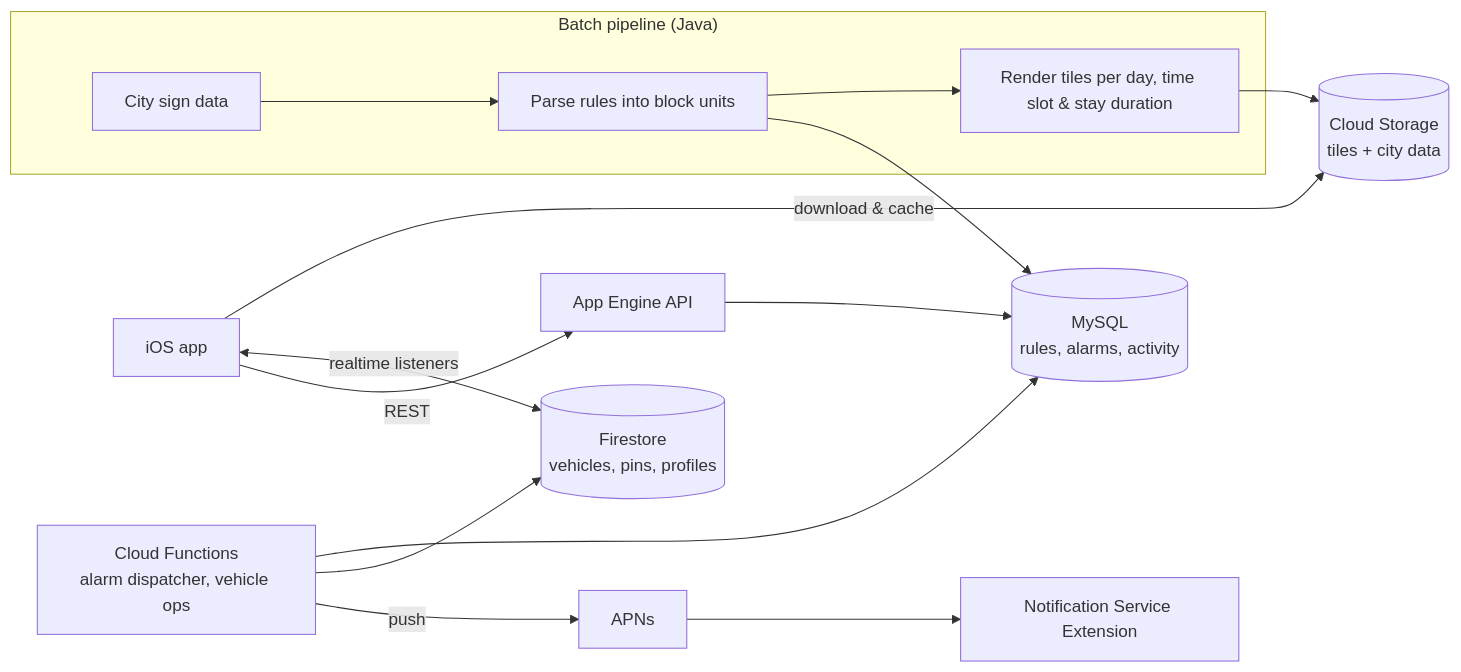
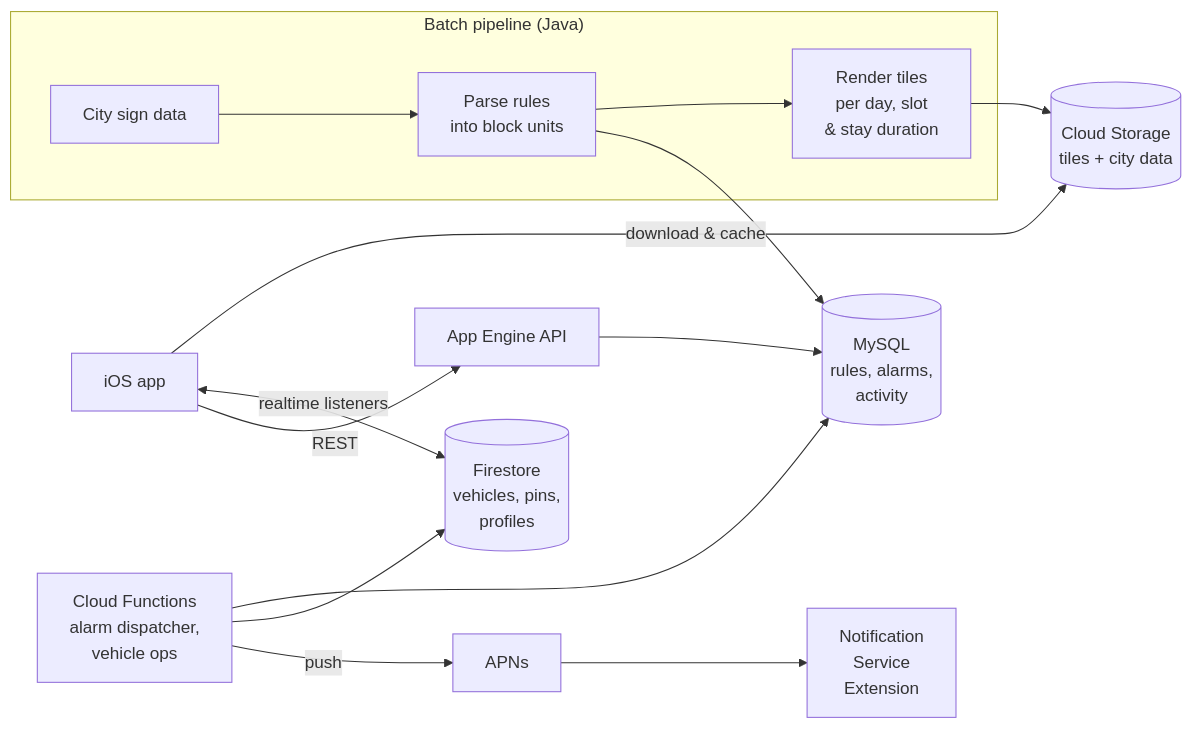
The diagram in README.md (ConradArd/spoturr-showcase), drawn with Mermaid before and after one commit.

Commit message:
Corrected clipped content in mermaid diagram

````diff
--- a/README.md
+++ b/README.md
@@ -56,18 +56,18 @@
 ```mermaid
 flowchart LR
     subgraph Pipeline["Batch pipeline (Java)"]
-        A[City sign data] --> B[Parse rules into block units]
-        B --> C[Render tiles per day, time slot & stay duration]
+        A[City sign data] --> B[Parse rules<br/>into block units]
+        B --> C[Render tiles<br/>per day, slot<br/>& stay duration]
     end
 
     C --> S[(Cloud Storage<br/>tiles + city data)]
-    B --> M[(MySQL<br/>rules, alarms, activity)]
+    B --> M[(MySQL<br/>rules, alarms,<br/>activity)]
 
     App[iOS app] -- download & cache --> S
-    App <-- realtime listeners --> F[(Firestore<br/>vehicles, pins, profiles)]
+    App <-- realtime listeners --> F[(Firestore<br/>vehicles, pins,<br/>profiles)]
     App -- REST --> API[App Engine API] --> M
 
-    CF[Cloud Functions<br/>alarm dispatcher, vehicle ops] --> M
+    CF[Cloud Functions<br/>alarm dispatcher,<br/>vehicle ops] --> M
     CF --> F
-    CF -- push --> APNs --> NSE[Notification Service Extension]
+    CF -- push --> APNs --> NSE[Notification<br/>Service<br/>Extension]
 ```
````
